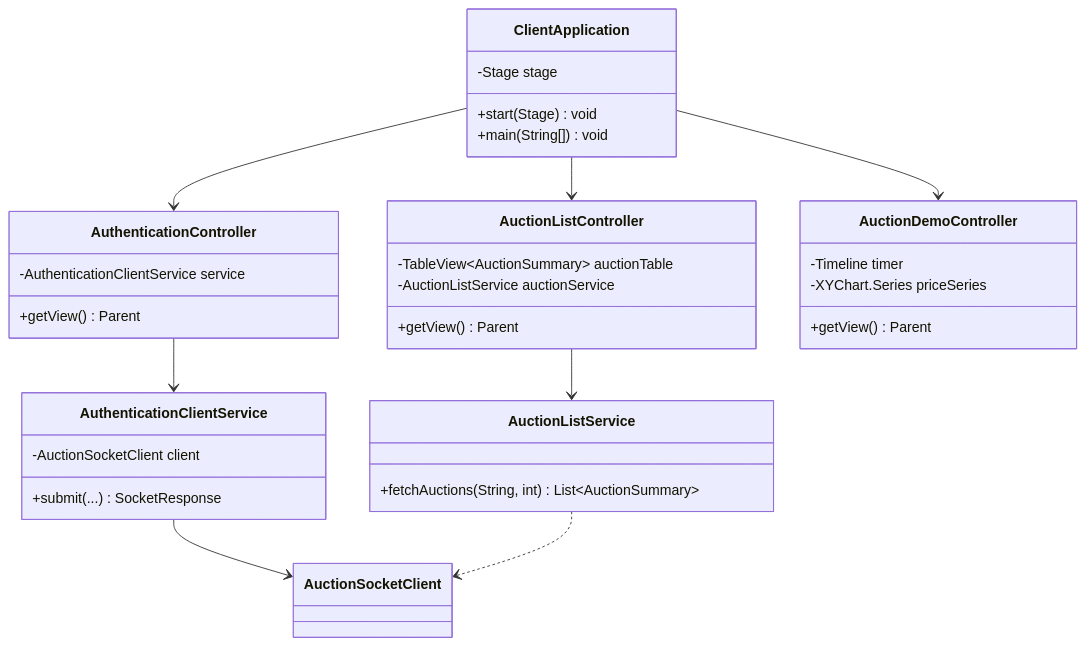
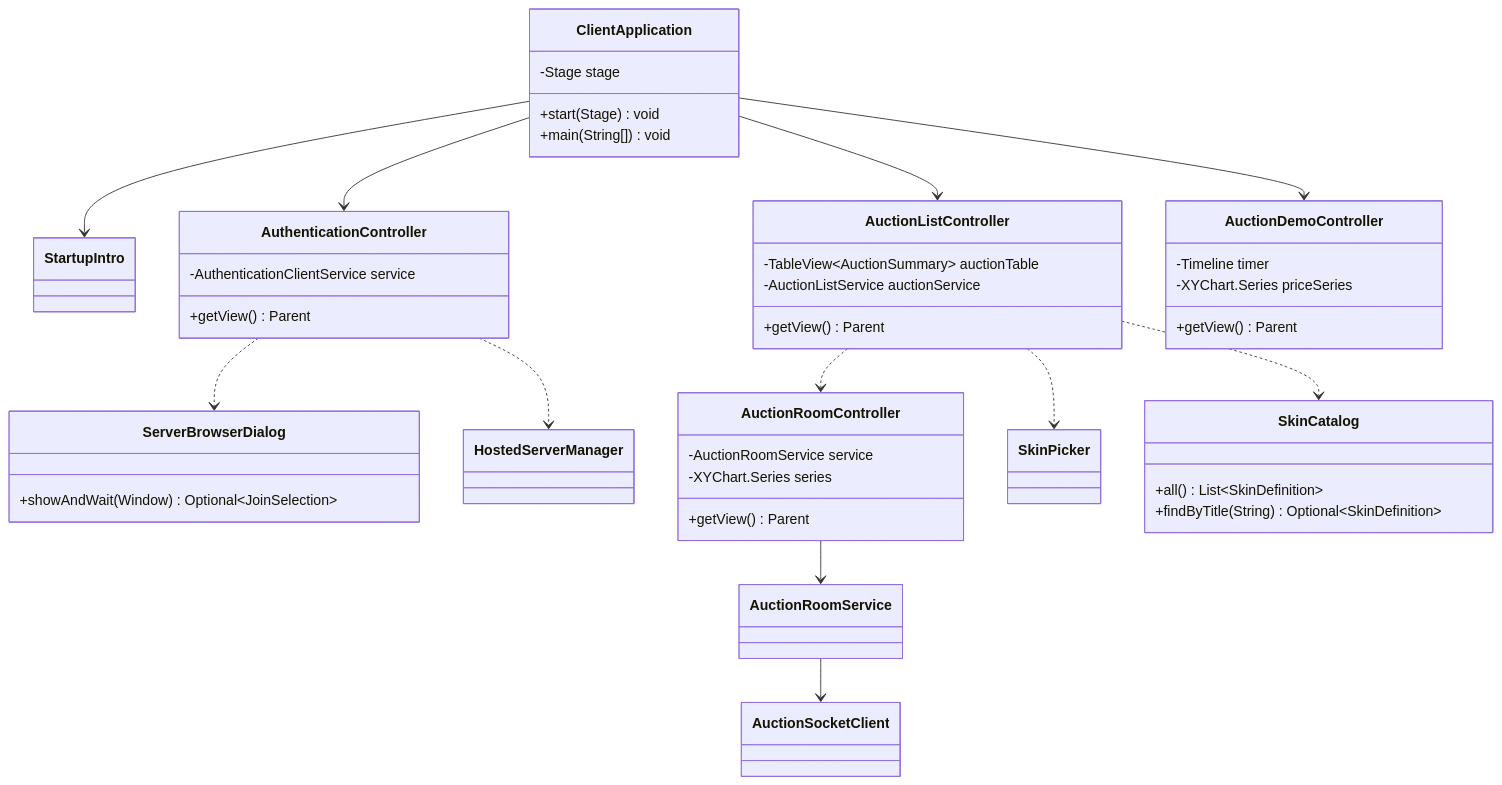
Before and after one commit to manhmanu28-dotcom/ltnc-btl: the fourth of 4 diagrams in README.md, drawn with Mermaid. The commit also changed other lines of this file, not shown here.

Commit message:
docs: update README for BIDION features, shared server and persistent database

````diff
--- a/README.md
+++ b/README.md
@@ -399,42 +452,52 @@
 ```mermaid
 classDiagram
     class ClientApplication {
         -Stage stage
         +start(Stage) void
         +main(String[]) void
     }
 
     class AuthenticationController {
         -AuthenticationClientService service
         +getView() Parent
     }
 
+    class ServerBrowserDialog {
+        +showAndWait(Window) Optional~JoinSelection~
+    }
+
     class AuctionListController {
         -TableView~AuctionSummary~ auctionTable
         -AuctionListService auctionService
+        +getView() Parent
+    }
+
+    class AuctionRoomController {
+        -AuctionRoomService service
+        -XYChart.Series series
         +getView() Parent
     }
 
     class AuctionDemoController {
         -Timeline timer
         -XYChart.Series priceSeries
         +getView() Parent
     }
 
-    class AuthenticationClientService {
-        -AuctionSocketClient client
-        +submit(...) SocketResponse
+    class SkinCatalog {
+        +all() List~SkinDefinition~
+        +findByTitle(String) Optional~SkinDefinition~
     }
 
-    class AuctionListService {
-        +fetchAuctions(String, int) List~AuctionSummary~
-    }
-
+    ClientApplication --> StartupIntro
     ClientApplication --> AuthenticationController
     ClientApplication --> AuctionListController
     ClientApplication --> AuctionDemoController
-    AuthenticationController --> AuthenticationClientService
-    AuctionListController --> AuctionListService
-    AuthenticationClientService --> AuctionSocketClient
-    AuctionListService ..> AuctionSocketClient
+    AuthenticationController ..> ServerBrowserDialog
+    AuthenticationController ..> HostedServerManager
+    AuctionListController ..> AuctionRoomController
+    AuctionListController ..> SkinPicker
+    AuctionListController ..> SkinCatalog
+    AuctionRoomController --> AuctionRoomService
+    AuctionRoomService --> AuctionSocketClient
 ```
````
